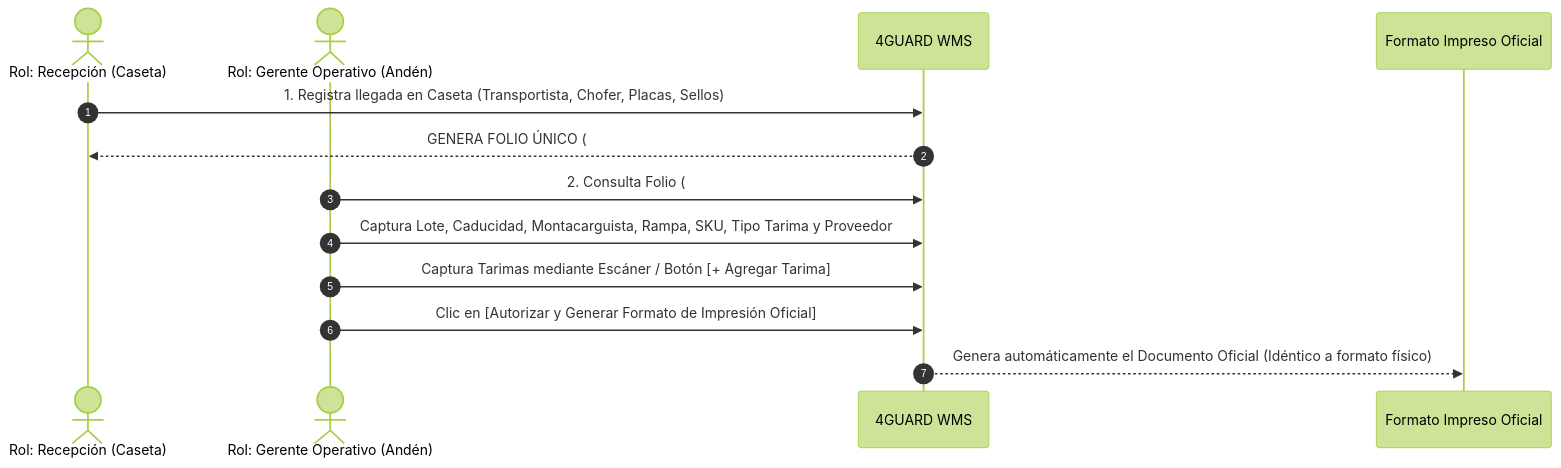
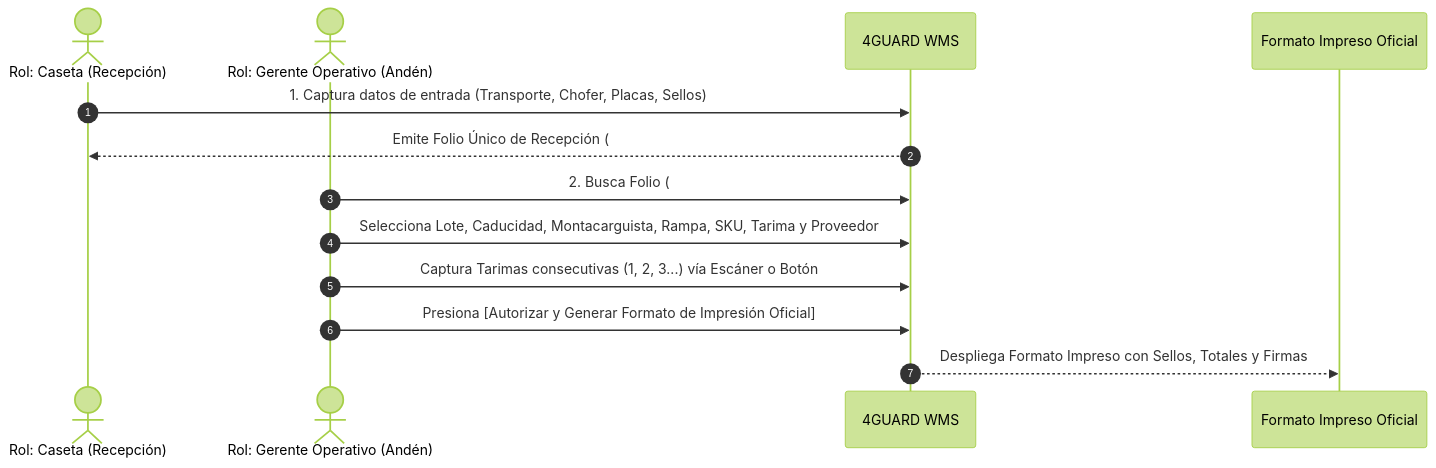
Before and after one commit to syborx-git/4Guard_FE_UI: the second of 2 diagrams in docs/reports/informe-avances-ejecutivo-wms.md, drawn with Mermaid (forest theme). The commit also changed other lines of this file and 22 other files, not shown here.

````diff
--- a/docs/reports/informe-avances-ejecutivo-wms.md
+++ b/docs/reports/informe-avances-ejecutivo-wms.md
@@ -82,17 +116,17 @@
 ```mermaid
 sequenceDiagram
     autonumber
-    actor Rec as Rol: Recepción (Caseta)
+    actor Cas as Rol: Caseta (Recepción)
     actor Ger as Rol: Gerente Operativo (Andén)
     participant WMS as 4GUARD WMS
-    participant Print as Formato Impreso Oficial
+    participant Imp as Formato Impreso Oficial
 
-    Rec->>WMS: 1. Registra llegada en Caseta (Transportista, Chofer, Placas, Sellos)
-    WMS-->>Rec: GENERA FOLIO ÚNICO (#26,506) en estado REGISTRADO
+    Cas->>WMS: 1. Captura datos de entrada (Transporte, Chofer, Placas, Sellos)
+    WMS-->>Cas: Emite Folio Único de Recepción (#26,506) en estado REGISTRADO
     
-    Ger->>WMS: 2. Consulta Folio (#26,506) en Workbench de Andén
-    Ger->>WMS: Captura Lote, Caducidad, Montacarguista, Rampa, SKU, Tipo Tarima y Proveedor
-    Ger->>WMS: Captura Tarimas mediante Escáner / Botón [+ Agregar Tarima]
-    Ger->>WMS: Clic en [Autorizar y Generar Formato de Impresión Oficial]
-    WMS-->>Print: Genera automáticamente el Documento Oficial (Idéntico a formato físico)
+    Ger->>WMS: 2. Busca Folio (#26,506) en pantalla de descarga de andén
+    Ger->>WMS: Selecciona Lote, Caducidad, Montacarguista, Rampa, SKU, Tarima y Proveedor
+    Ger->>WMS: Captura Tarimas consecutivas (1, 2, 3...) vía Escáner o Botón
+    Ger->>WMS: Presiona [Autorizar y Generar Formato de Impresión Oficial]
+    WMS-->>Imp: Despliega Formato Impreso con Sellos, Totales y Firmas
 ```
````
